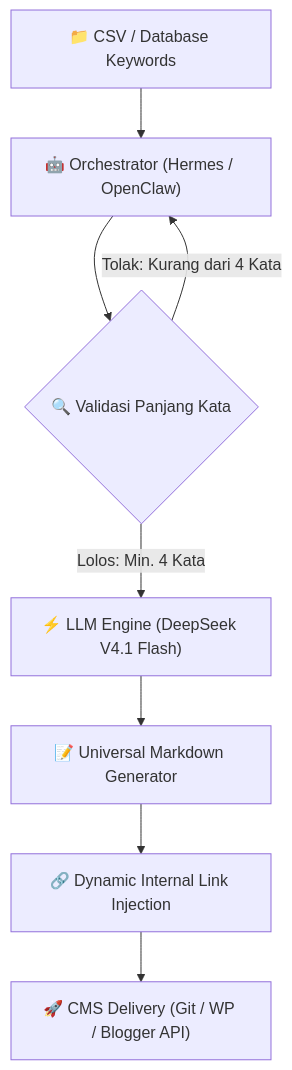
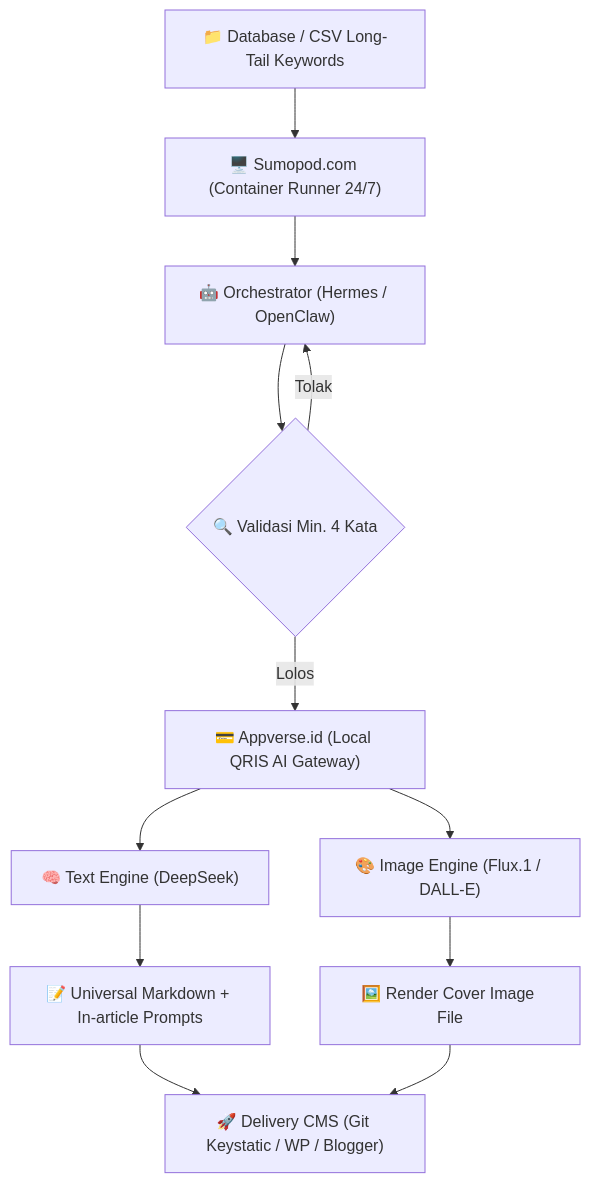
One commit to andrean-lp/ayo-seo changed the diagram in README.md. Above: the diagram before and after it, drawn with Mermaid. The commit also changed other lines of this file, not shown here.

````diff
--- a/README.md
+++ b/README.md
@@ -105,10 +133,13 @@
 ```mermaid
 flowchart TD
-    A["📁 CSV / Database Keywords"] --> B["🤖 Orchestrator (Hermes / OpenClaw)"]
-    B --> C{"🔍 Validasi Panjang Kata"}
-    C -->|Lolos: Min. 4 Kata| D["⚡ LLM Engine (DeepSeek V4.1 Flash)"]
-    C -->|Tolak: Kurang dari 4 Kata| B
-    D --> E["📝 Universal Markdown Generator"]
-    E --> F["🔗 Dynamic Internal Link Injection"]
-    F --> G["🚀 CMS Delivery (Git / WP / Blogger API)"]
+    A["📁 Database / CSV Long-Tail Keywords"] --> B["🖥️ Sumopod.com (Container Runner 24/7)"]
+    B --> C["🤖 Orchestrator (Hermes / OpenClaw)"]
+    C --> D{"🔍 Validasi Min. 4 Kata"}
+    D -->|Lolos| E["💳 Appverse.id (Local QRIS AI Gateway)"]
+    D -->|Tolak| C
+    E --> F["🧠 Text Engine (DeepSeek)"]
+    E --> G["🎨 Image Engine (Flux.1 / DALL-E)"]
+    F --> H["📝 Universal Markdown + In-article Prompts"]
+    G --> I["🖼️ Render Cover Image File"]
+    H & I --> J["🚀 Delivery CMS (Git Keystatic / WP / Blogger)"]
 ```
````
